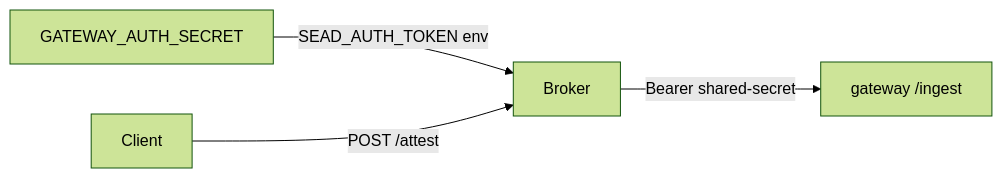
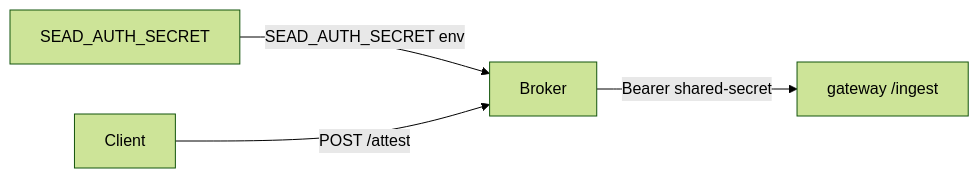
Before and after one commit to Stardome-technology/stardome-sead-broker: the second of 3 diagrams in README.md, drawn with Mermaid (forest theme). The commit also changed other lines of this file and 1 other file, not shown here.

Commit message:
Update README.md and docker-compose.remote.yml to replace GATEWAY_AUTH_SECRET with SEAD_AUTH_SECRET for consistency in authentication flow

````diff
--- a/README.md
+++ b/README.md
@@ -34,6 +34,6 @@
 ```mermaid
 flowchart LR
-    A[GATEWAY_AUTH_SECRET] -->|SEAD_AUTH_TOKEN env| B[Broker]
+    A[SEAD_AUTH_SECRET] -->|SEAD_AUTH_SECRET env| B[Broker]
     C[Client] -->|POST /attest| B
     B -->|Bearer shared-secret| D[gateway /ingest]
 ```
````
